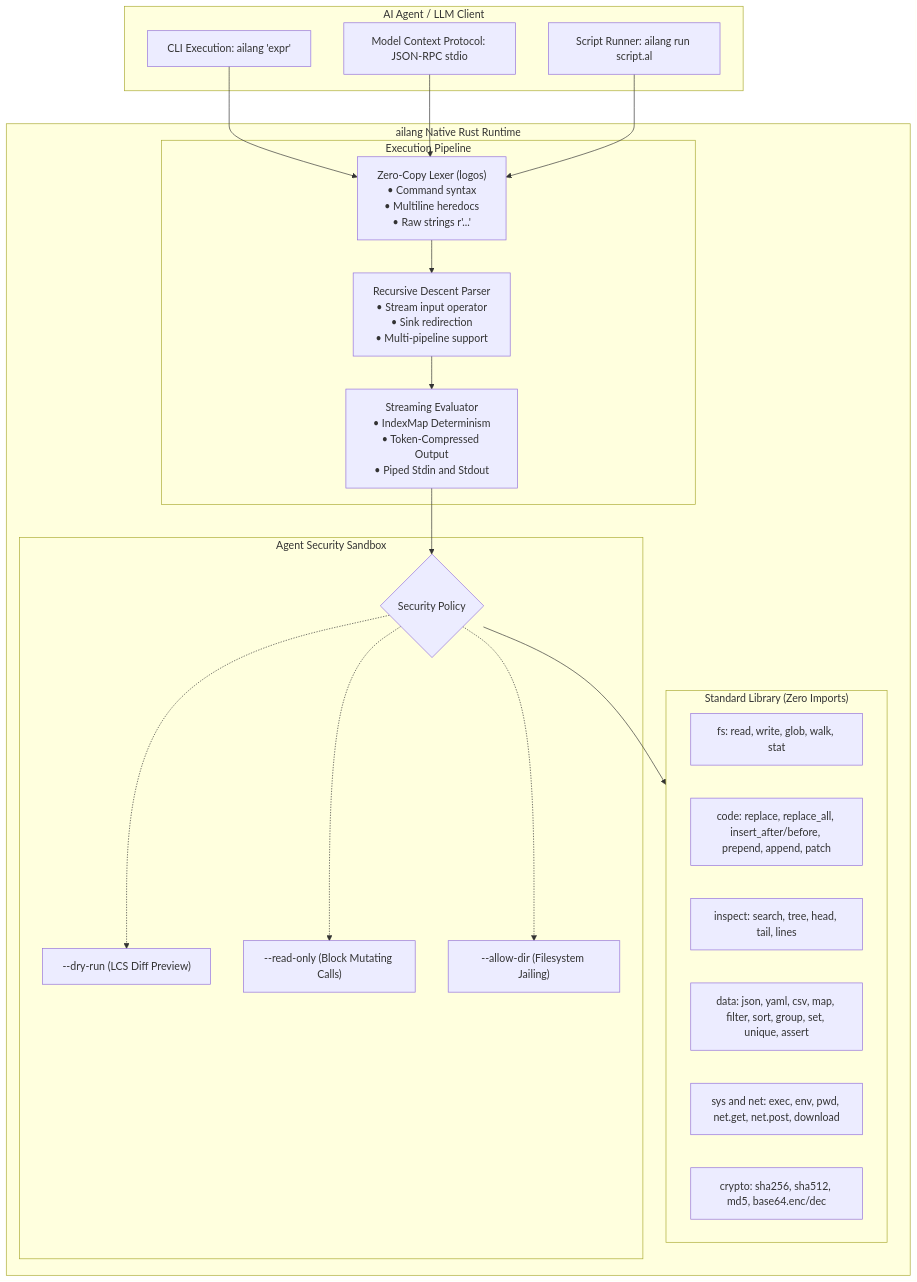
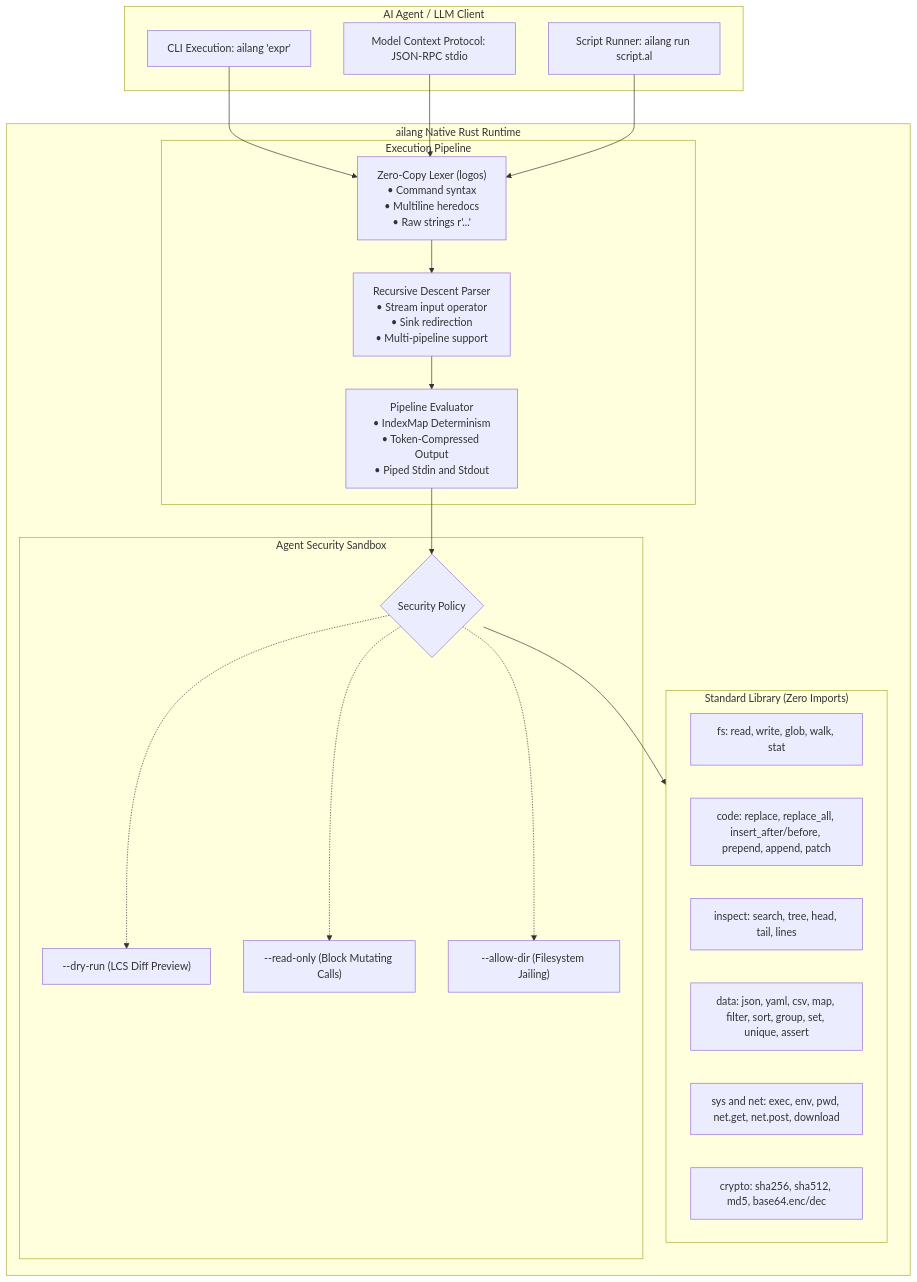
One commit to nbuzzi/ailang changed the first of 2 diagrams in README.md. Above: the diagram before and after it, drawn with Mermaid. The commit also changed other lines of this file and 18 other files, not shown here.

````diff
--- a/README.md
+++ b/README.md
@@ -98,42 +78,42 @@
 ```mermaid
 flowchart TD
     subgraph AgentClient["AI Agent / LLM Client"]
         CLI["CLI Execution: ailang 'expr'"]
         MCP["Model Context Protocol: JSON-RPC stdio"]
         Script["Script Runner: ailang run script.al"]
     end
 
     subgraph ailangCore["ailang Native Rust Runtime"]
         subgraph PipelineEngine["Execution Pipeline"]
             Lexer["Zero-Copy Lexer (logos)<br/>• Command syntax<br/>• Multiline heredocs<br/>• Raw strings r'...'"]
             Parser["Recursive Descent Parser<br/>• Stream input operator<br/>• Sink redirection<br/>• Multi-pipeline support"]
-            Evaluator["Streaming Evaluator<br/>• IndexMap Determinism<br/>• Token-Compressed Output<br/>• Piped Stdin and Stdout"]
+            Evaluator["Pipeline Evaluator<br/>• IndexMap Determinism<br/>• Token-Compressed Output<br/>• Piped Stdin and Stdout"]
         end
 
         subgraph Stdlib["Standard Library (Zero Imports)"]
             FS["fs: read, write, glob, walk, stat"]
             Edit["code: replace, replace_all, insert_after/before, prepend, append, patch"]
             Inspect["inspect: search, tree, head, tail, lines"]
             Data["data: json, yaml, csv, map, filter, sort, group, set, unique, assert"]
             SysNet["sys and net: exec, env, pwd, net.get, net.post, download"]
             Crypto["crypto: sha256, sha512, md5, base64.enc/dec"]
         end
 
         subgraph Security["Agent Security Sandbox"]
             Policy{"Security Policy"}
             DryRun["--dry-run (LCS Diff Preview)"]
             ReadOnly["--read-only (Block Mutating Calls)"]
             AllowDir["--allow-dir (Filesystem Jailing)"]
         end
     end
 
     CLI --> Lexer
     MCP --> Lexer
     Script --> Lexer
     Lexer --> Parser --> Evaluator
     Evaluator --> Policy
     Policy --> Stdlib
     Policy -.-> DryRun
     Policy -.-> ReadOnly
     Policy -.-> AllowDir
 ```
````
